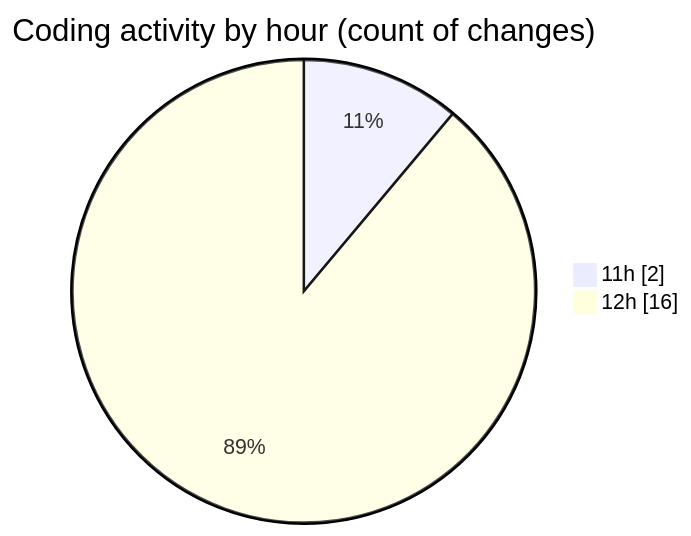
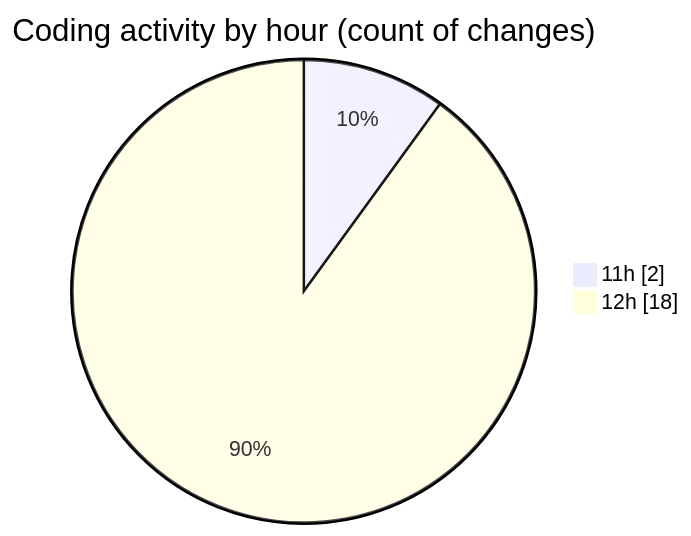
The second of 2 diagrams in 2025-10-05/laravel-penyewaan-lapangan-futsal/README.md (idhammustaqopulfikri/code-tracking), drawn with Mermaid before and after one commit. The commit also changed other lines of this file and 1 other file, not shown here.

````diff
--- a/2025-10-05/laravel-penyewaan-lapangan-futsal/README.md
+++ b/2025-10-05/laravel-penyewaan-lapangan-futsal/README.md
@@ -35,6 +36,6 @@
 ```mermaid
 pie showData
 title Coding activity by hour (count of changes)
 "11h" : 2
-"12h" : 16
+"12h" : 18
 ```
````
